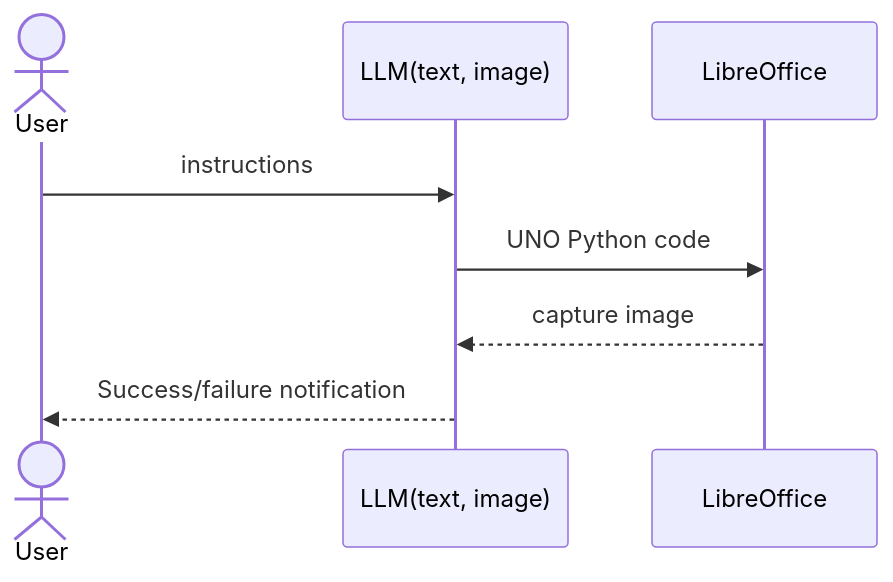
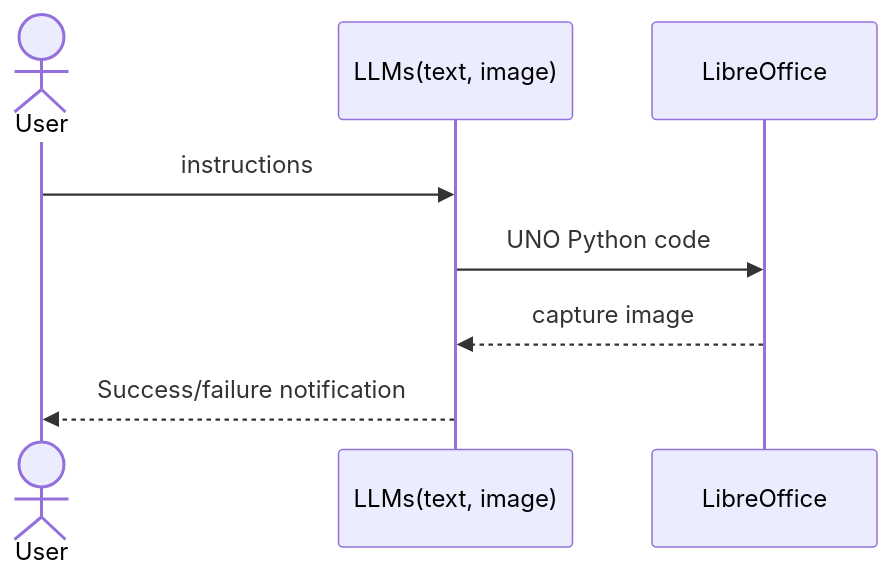
The diagram in README.md (l-r-w-250111/autospreadsheet), drawn with Mermaid before and after one commit.

````diff
--- a/README.md
+++ b/README.md
@@ -18,10 +18,10 @@
 ```mermaid
 sequenceDiagram
     actor U as User
-    participant L as LLM(text, image)
+    participant L as LLMs(text, image)
     participant S as LibreOffice
     U->>L: instructions
     L->>S: UNO Python code
     S-->>L: capture image
     L-->>U: Success/failure notification
 ```
````
